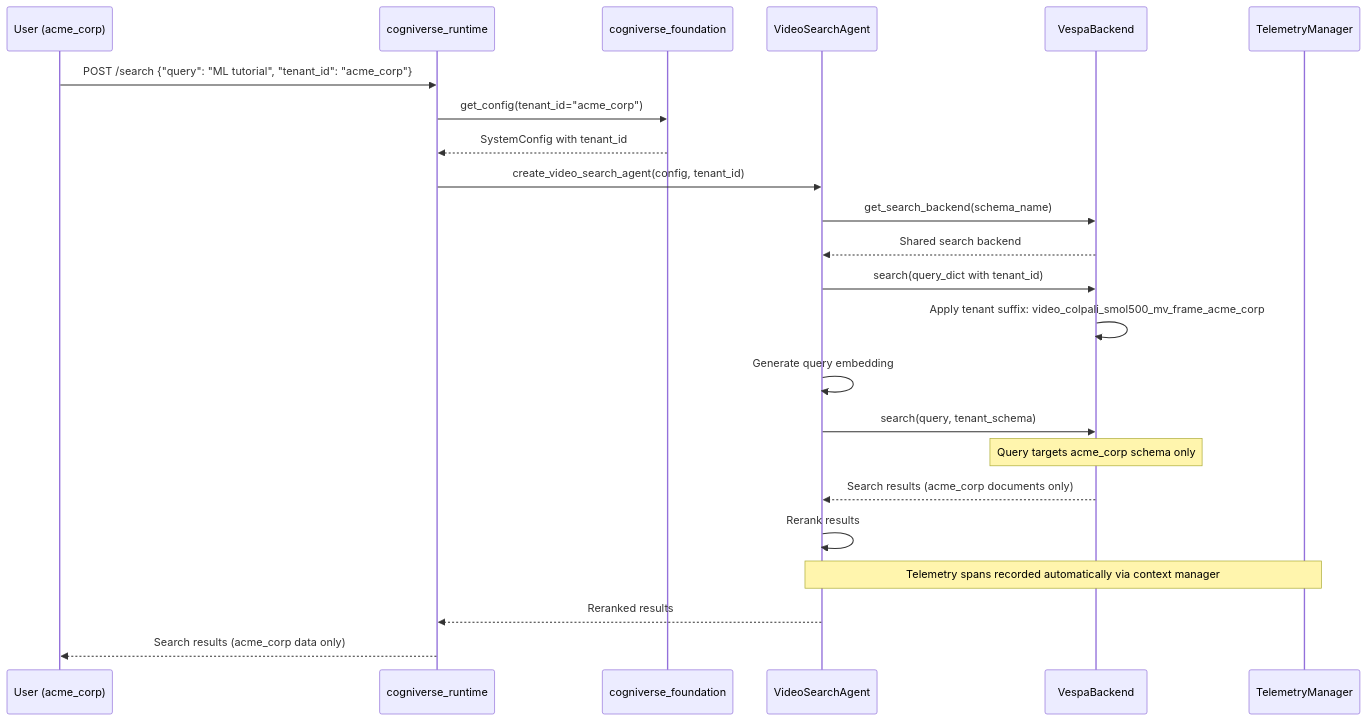
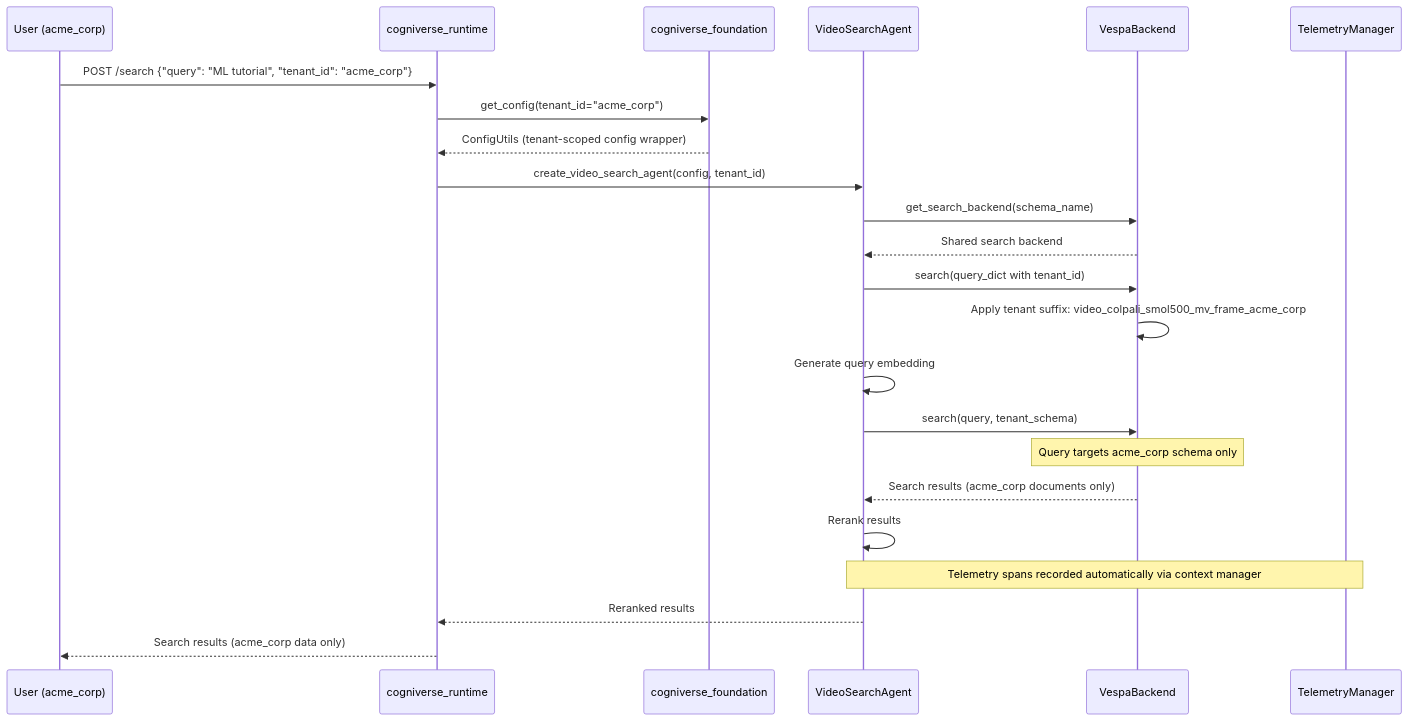
The eighth of 21 diagrams in docs/diagrams/multi-tenant-diagrams.md (amit-jain/cogniverse), drawn with Mermaid before and after one commit. The commit also changed other lines of this file and 21 other files, not shown here.

````diff
--- a/docs/diagrams/multi-tenant-diagrams.md
+++ b/docs/diagrams/multi-tenant-diagrams.md
@@ -351,33 +351,33 @@
 ```mermaid
 sequenceDiagram
     participant User as User (acme_corp)
     participant Runtime as cogniverse_runtime
     participant Foundation as cogniverse_foundation
     participant Agent as VideoSearchAgent
     participant Backend as VespaBackend
     participant Telemetry as TelemetryManager
 
     User->>Runtime: POST /search {"query": "ML tutorial", "tenant_id": "acme_corp"}
 
     Runtime->>Foundation: get_config(tenant_id="acme_corp")
-    Foundation-->>Runtime: SystemConfig with tenant_id
+    Foundation-->>Runtime: ConfigUtils (tenant-scoped config wrapper)
 
     Runtime->>Agent: create_video_search_agent(config, tenant_id)
     Agent->>Backend: get_search_backend(schema_name)
     Backend-->>Agent: Shared search backend
     Agent->>Backend: search(query_dict with tenant_id)
     Backend->>Backend: Apply tenant suffix: video_colpali_smol500_mv_frame_acme_corp
 
     Agent->>Agent: Generate query embedding
 
     Agent->>Backend: search(query, tenant_schema)
     Note over Backend: Query targets acme_corp schema only
     Backend-->>Agent: Search results (acme_corp documents only)
 
     Agent->>Agent: Rerank results
 
     Note over Agent,Telemetry: Telemetry spans recorded automatically via context manager
 
     Agent-->>Runtime: Reranked results
     Runtime-->>User: Search results (acme_corp data only)
 ```
````
